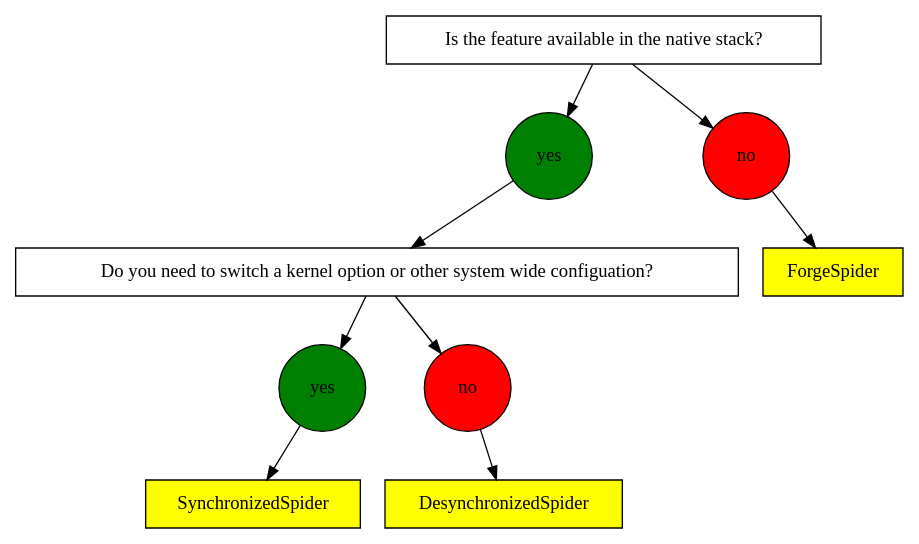
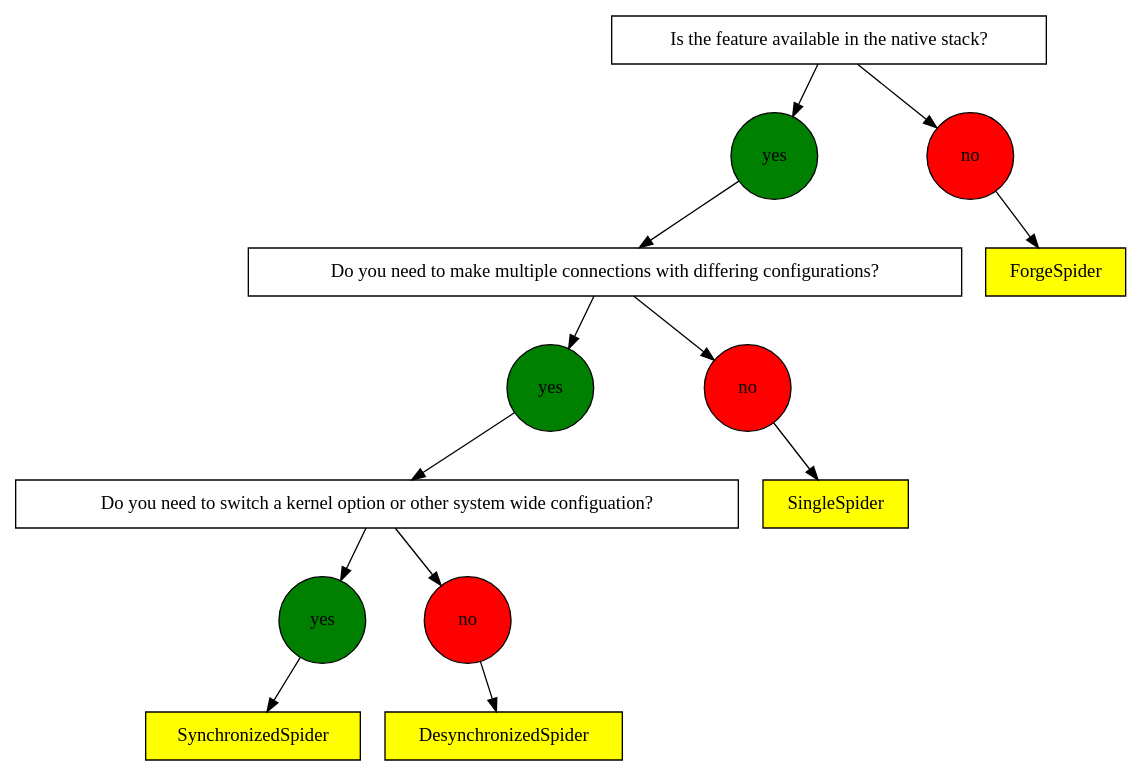
Before and after one commit to mami-project/pathspider: the diagram in doc/_static/models.dot, drawn with Graphviz. The commit also changed 4 other files, not shown here.

Commit message:
doc: Adds documentation for SingleSpider (Fixes: #206)

```diff
--- a/doc/_static/models.dot
+++ b/doc/_static/models.dot
@@ -1,20 +1,24 @@
 digraph decide {
 
 node [shape=record;]
 nativestack [label="Is the feature available in the native stack?"];
+configurable [label="Do you need to make multiple connections with differing configurations?"];
 systemwide [label="Do you need to switch a kernel option or other system wide configuation?"];
 node [shape=record;fillcolor="yellow"; style="filled"]
 sync [label="SynchronizedSpider"];
 desync [label="DesynchronizedSpider"];
 forge [label="ForgeSpider"];
+single [label="SingleSpider"];
 node [shape=circle, fixedsize=true; width=0.9;label="yes";fillcolor="green";style="filled"];
-yes1; yes2;
+yes1; yes2; yes3;
 node [label="no";fillcolor="red"; style="filled"];
-no1; no2;
+no1; no2; no3;
 
-nativestack -> yes1 -> systemwide;
+nativestack -> yes1 -> configurable;
 nativestack -> no1 -> forge;
-systemwide -> yes2 -> sync;
-systemwide -> no2 -> desync;
+configurable -> yes2 -> systemwide;
+configurable -> no2 -> single;
+systemwide -> yes3 -> sync;
+systemwide -> no3 -> desync;
 
 }
```
